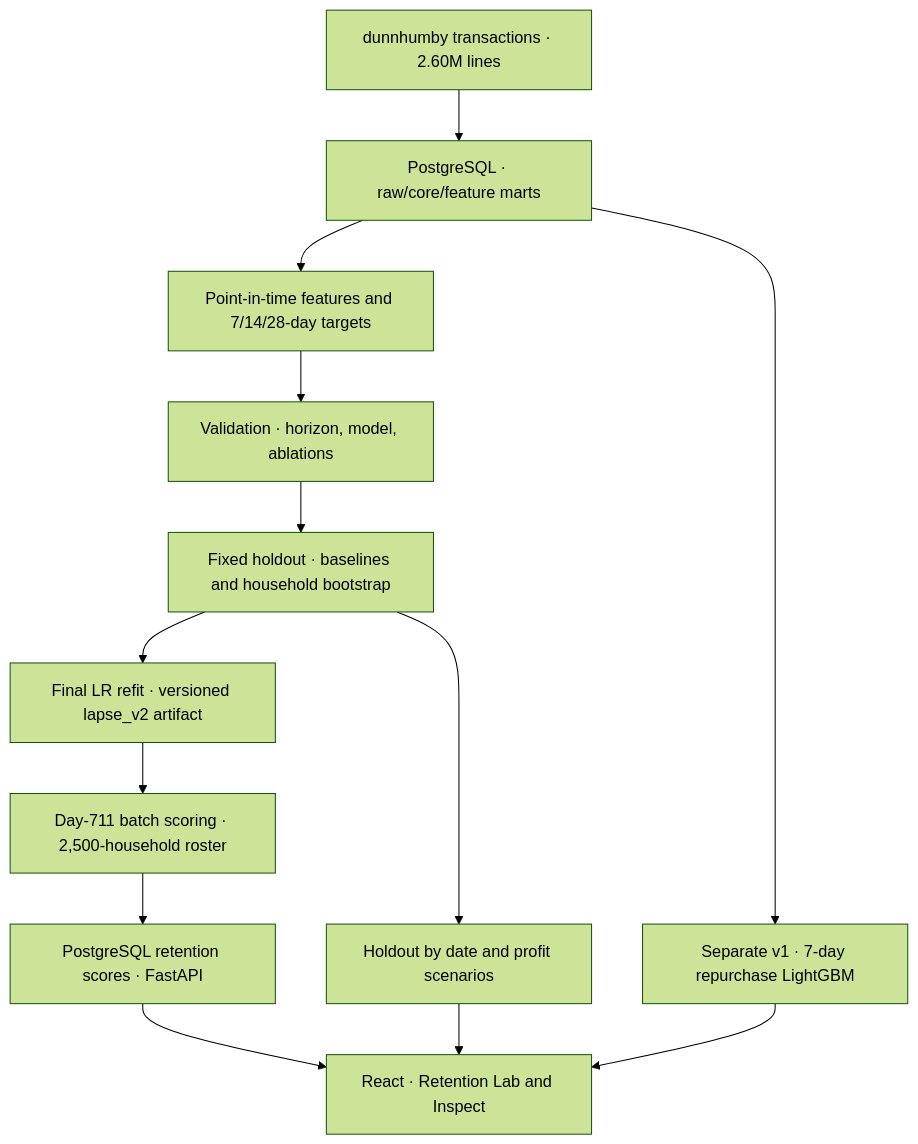
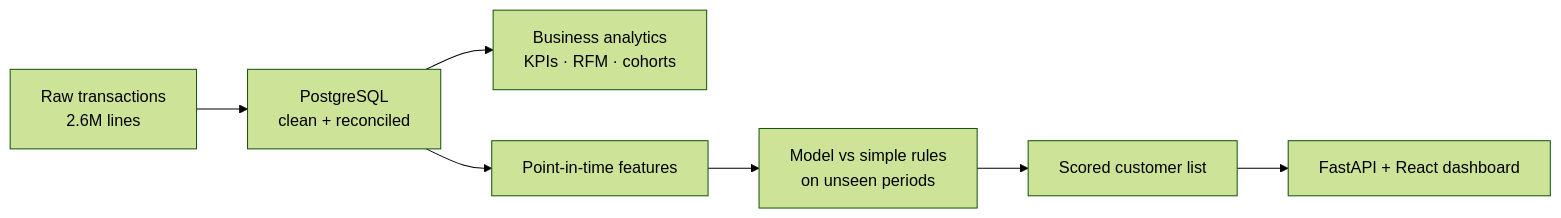
The diagram in README.md (dorsakh/retail-customer-analytics), drawn with Mermaid (forest theme) before and after one commit. The commit also changed other lines of this file, not shown here.

````diff
--- a/README.md
+++ b/README.md
@@ -59,15 +35,9 @@
 ```mermaid
-flowchart TD
-    A["dunnhumby transactions · 2.60M lines"] --> B["PostgreSQL · raw/core/feature marts"]
-    B --> C["Point-in-time features and 7/14/28-day targets"]
-    C --> D["Validation · horizon, model, ablations"]
-    D --> E["Fixed holdout · baselines and household bootstrap"]
-    E --> F["Final LR refit · versioned lapse_v2 artifact"]
-    F --> G["Day-711 batch scoring · 2,500-household roster"]
-    G --> H["PostgreSQL retention scores · FastAPI"]
-    H --> I["React · Retention Lab and Inspect"]
-    E --> J["Holdout by date and profit scenarios"]
-    J --> I
-    B --> K["Separate v1 · 7-day repurchase LightGBM"]
-    K --> I
+flowchart LR
+    A["Raw transactions<br/>2.6M lines"] --> B["PostgreSQL<br/>clean + reconciled"]
+    B --> C["Business analytics<br/>KPIs · RFM · cohorts"]
+    B --> D["Point-in-time features"]
+    D --> E["Model vs simple rules<br/>on unseen periods"]
+    E --> F["Scored customer list"]
+    F --> G["FastAPI + React dashboard"]
 ```
````
